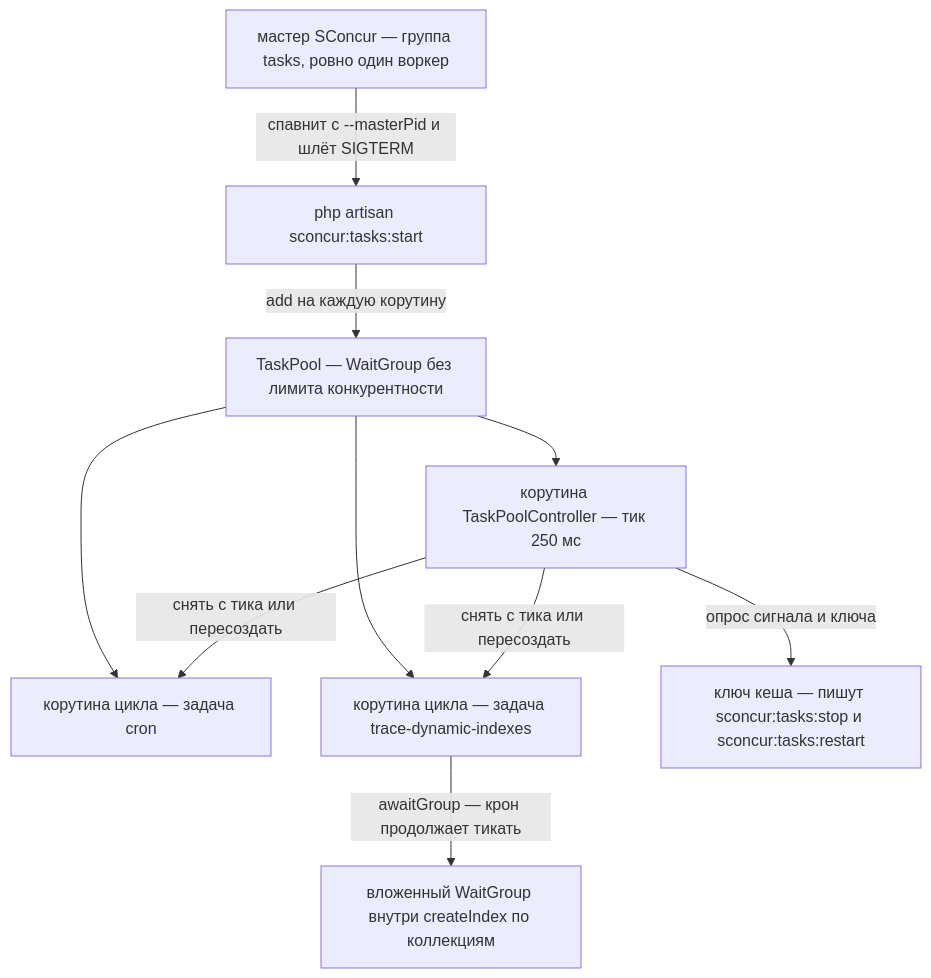
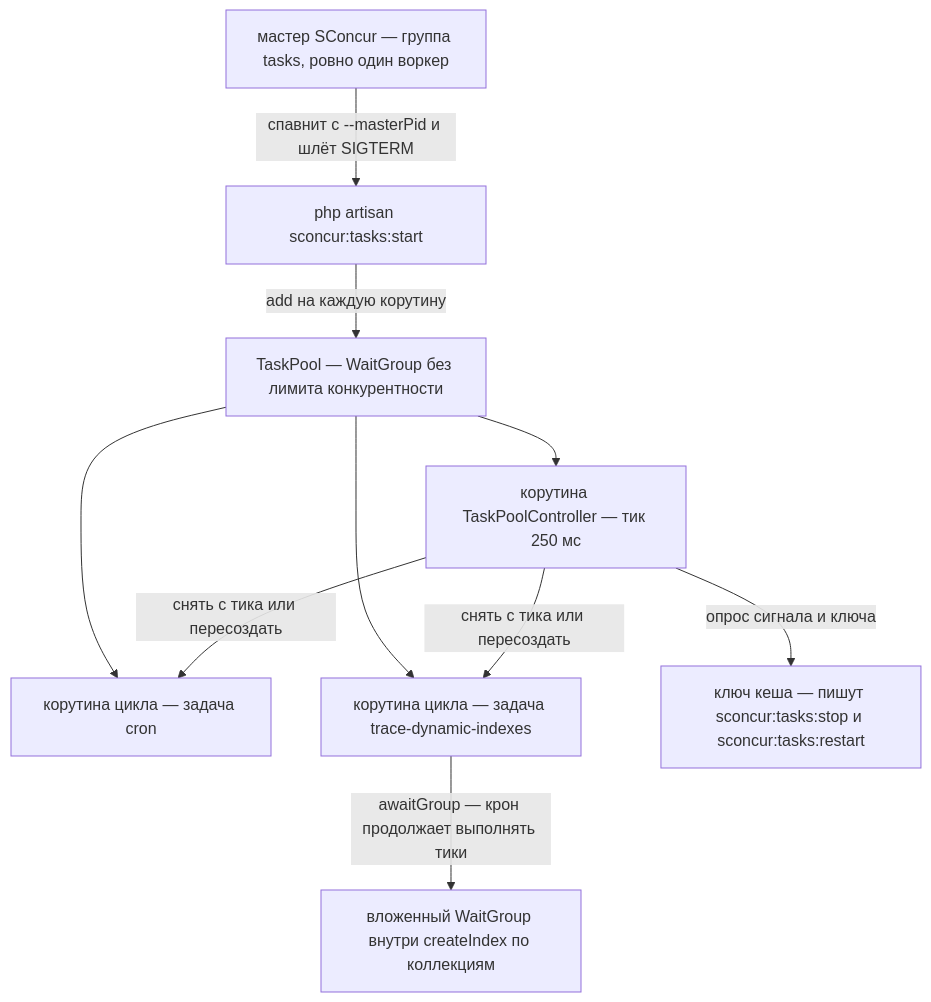
The diagram in .ai/plans/workers-pool-waitgroup.md (sprust/slogger), drawn with Mermaid before and after one commit. The commit also changed other lines of this file and 9 other files, not shown here.

````diff
--- a/.ai/plans/workers-pool-waitgroup.md
+++ b/.ai/plans/workers-pool-waitgroup.md
@@ -62,21 +62,21 @@
 ```mermaid
 flowchart TB
     sup["мастер SConcur — группа tasks, ровно один воркер"]
     cmd["php artisan sconcur:tasks:start"]
     pool["TaskPool — WaitGroup без лимита конкурентности"]
     ctl["корутина TaskPoolController — тик 250 мс"]
     cron["корутина цикла — задача cron"]
     mon["корутина цикла — задача trace-dynamic-indexes"]
     nested["вложенный WaitGroup внутри createIndex по коллекциям"]
     key["ключ кеша — пишут sconcur:tasks:stop и sconcur:tasks:restart"]
 
     sup -->|"спавнит с --masterPid и шлёт SIGTERM"| cmd
     cmd -->|"add на каждую корутину"| pool
     pool --> ctl
     pool --> cron
     pool --> mon
     ctl -->|"опрос сигнала и ключа"| key
     ctl -->|"снять с тика или пересоздать"| cron
     ctl -->|"снять с тика или пересоздать"| mon
-    mon -->|"awaitGroup — крон продолжает тикать"| nested
+    mon -->|"awaitGroup — крон продолжает выполнять тики"| nested
 ```
````
